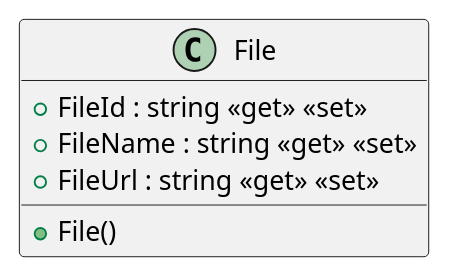
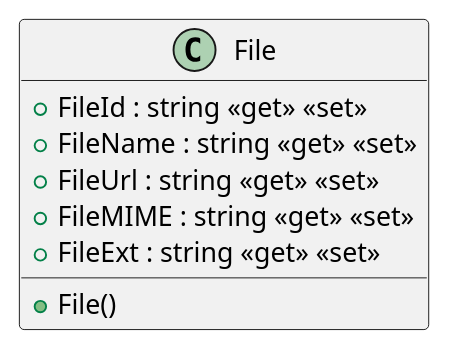
Before and after one commit to timothxy/ICT2106_P3_Project: the diagram in YouthActionDotNet/UML/Models/File.puml, drawn with PlantUML. The commit also changed 29 other files, not shown here.

```diff
--- a/YouthActionDotNet/UML/Models/File.puml
+++ b/YouthActionDotNet/UML/Models/File.puml
@@ -1,8 +1,10 @@
 @startuml
 class File {
     + File()
     + FileId : string <<get>> <<set>>
     + FileName : string <<get>> <<set>>
     + FileUrl : string <<get>> <<set>>
+    + FileMIME : string <<get>> <<set>>
+    + FileExt : string <<get>> <<set>>
 }
 @enduml
```
